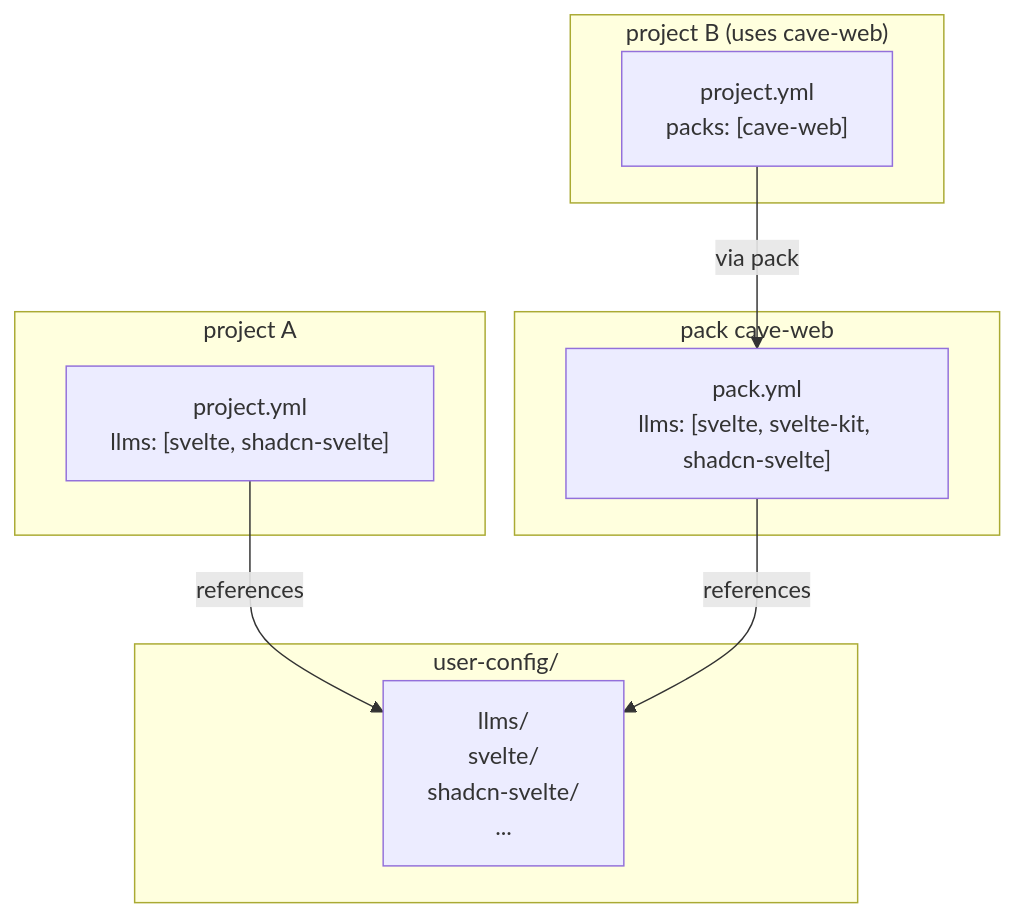
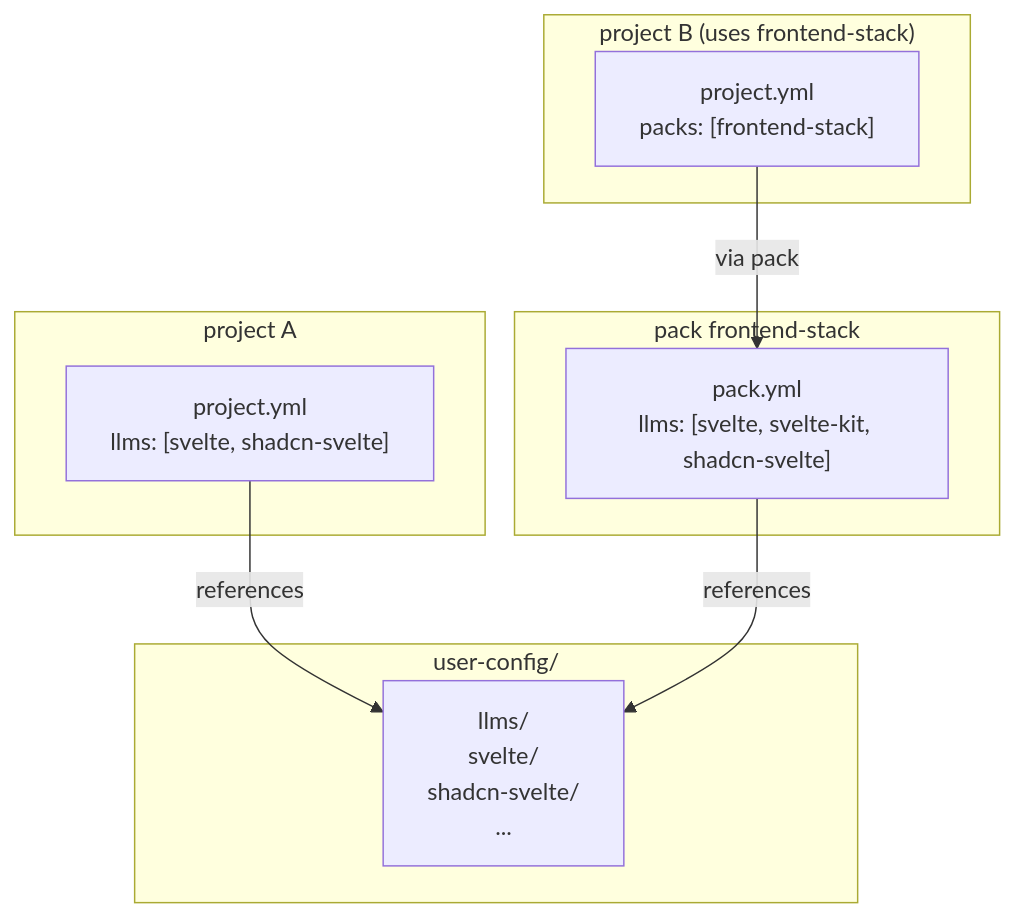
Before and after one commit to alergyonthestage/claude-orchestrator: the first of 2 diagrams in docs/maintainer/configuration/llms/design.md, drawn with Mermaid. The commit also changed other lines of this file, not shown here.

````diff
--- a/docs/maintainer/configuration/llms/design.md
+++ b/docs/maintainer/configuration/llms/design.md
@@ -17,19 +17,19 @@
 ```mermaid
 graph TB
     subgraph "user-config/"
         LLMS["llms/<br/>svelte/<br/>shadcn-svelte/<br/>..."]
     end
     subgraph "project A"
         PY_A["project.yml<br/>llms: [svelte, shadcn-svelte]"]
     end
-    subgraph "pack cave-web"
+    subgraph "pack frontend-stack"
         PACK["pack.yml<br/>llms: [svelte, svelte-kit, shadcn-svelte]"]
     end
-    subgraph "project B (uses cave-web)"
-        PY_B["project.yml<br/>packs: [cave-web]"]
+    subgraph "project B (uses frontend-stack)"
+        PY_B["project.yml<br/>packs: [frontend-stack]"]
     end
 
     PY_A -->|references| LLMS
     PACK -->|references| LLMS
     PY_B -->|via pack| PACK
 ```
````
